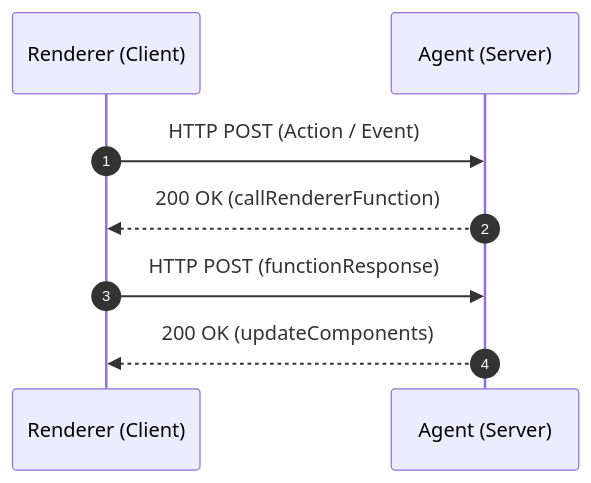
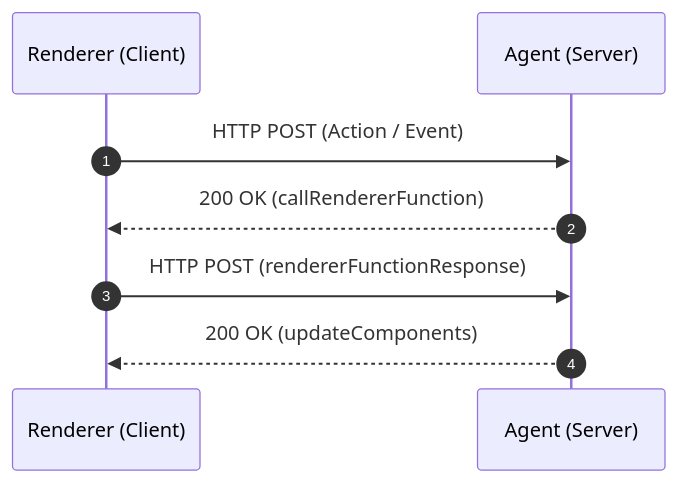
The second of 5 diagrams in specification/v1_0/docs/a2ui_protocol.md (a2ui-project/a2ui), drawn with Mermaid before and after one commit. The commit also changed other lines of this file and 12 other files, not shown here.

Commit message:
docs(spec): resolve v1.0 prose and schema inconsistencies

````diff
--- a/specification/v1_0/docs/a2ui_protocol.md
+++ b/specification/v1_0/docs/a2ui_protocol.md
@@ -416,11 +425,11 @@
 ```mermaid
 sequenceDiagram
     autonumber
     participant Client as Renderer (Client)
     participant Agent as Agent (Server)
 
     Client->>Agent: HTTP POST (Action / Event)
     Agent-->>Client: 200 OK (callRendererFunction)
-    Client->>Agent: HTTP POST (functionResponse)
+    Client->>Agent: HTTP POST (rendererFunctionResponse)
     Agent-->>Client: 200 OK (updateComponents)
 ```
````
